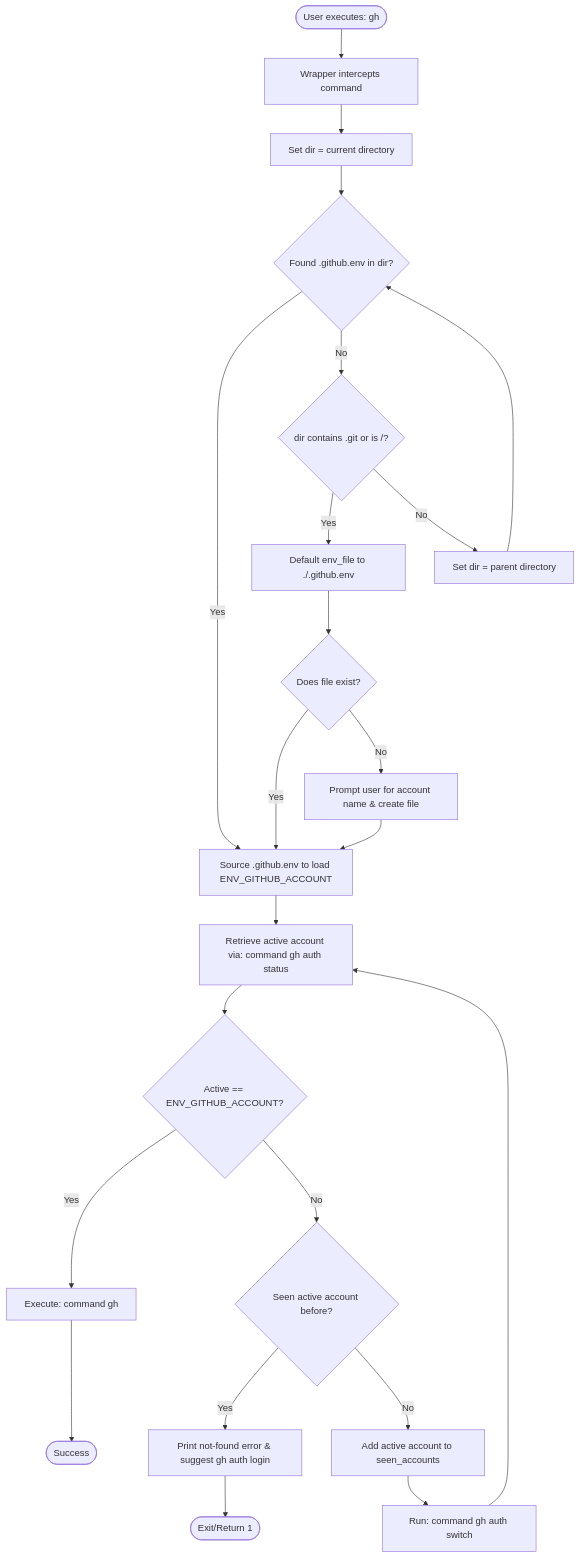
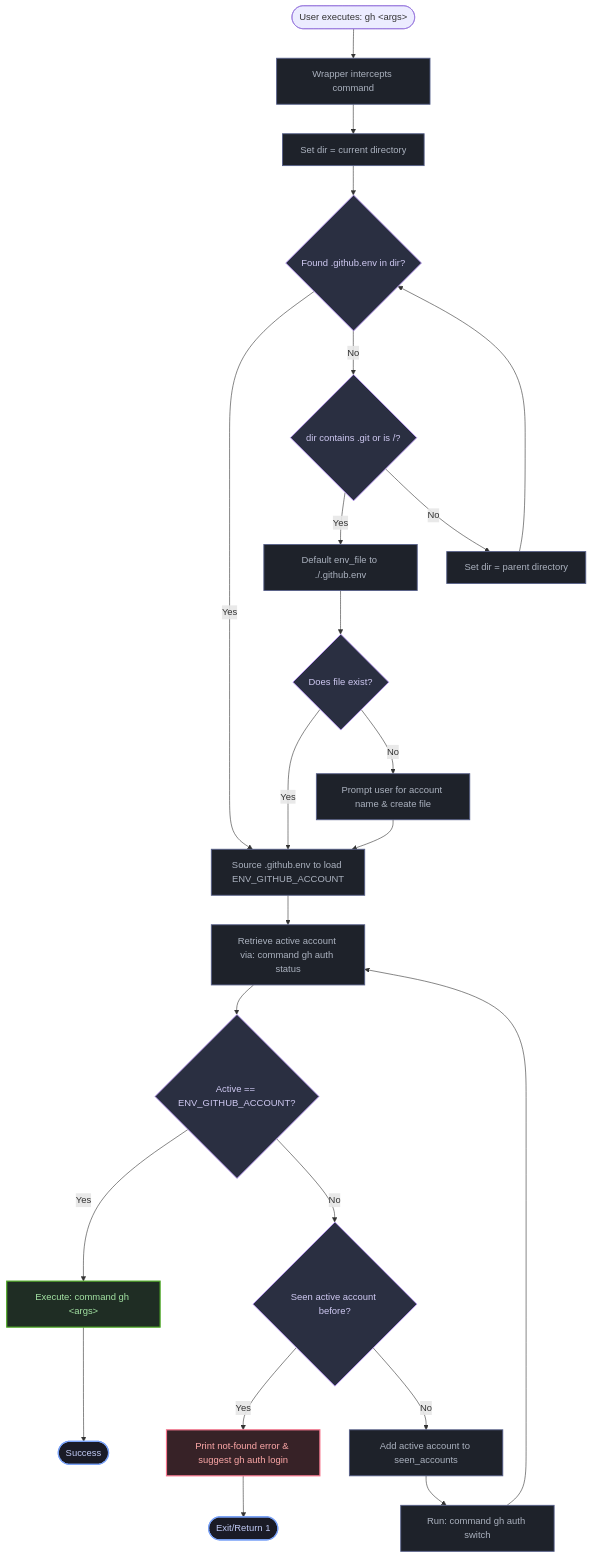
One commit to agalazis/gh-switcher changed the diagram in README.md. Above: the diagram before and after it, drawn with Mermaid. The commit also changed other lines of this file, not shown here.

Commit message:
Update README to match switching_flow artifact exactly

````diff
--- a/README.md
+++ b/README.md
@@ -70,32 +11,43 @@
 ```mermaid
 flowchart TD
-    Start([User executes: gh <args>]) --> Intercept[Wrapper intercepts command]
-    Intercept --> InitSearch[Set dir = current directory]
+    %% Styling
+    classDef startEnd fill:#1A1B26,stroke:#7AA2F7,stroke-width:2px,color:#C0CAF5;
+    classDef process fill:#1E222A,stroke:#565F89,stroke-width:1.5px,color:#ABB2BF;
+    classDef decision fill:#2A2F41,stroke:#BB9AF7,stroke-width:1.5px,color:#CFC9F2;
+    classDef success fill:#1F2D24,stroke:#4EAA25,stroke-width:2px,color:#A3E2A3;
+    classDef failure fill:#372227,stroke:#F7768E,stroke-width:2px,color:#FCA7A7;
 
-    SearchLoop{Found .github.env in dir?}
+    Start([User executes: gh &lt;args&gt;]) --> Intercept[Wrapper intercepts command]:::process
+    Intercept --> InitSearch[Set dir = current directory]:::process
+
+    %% Directory Search Loop
+    SearchLoop{Found .github.env in dir?}:::decision
     InitSearch --> SearchLoop
     
-    SearchLoop -- Yes --> SourceEnv[Source .github.env to load ENV_GITHUB_ACCOUNT]
-    SearchLoop -- No --> CheckBoundary{dir contains .git or is /?}
+    SearchLoop -- Yes --> SourceEnv[Source .github.env to load ENV_GITHUB_ACCOUNT]:::process
+    SearchLoop -- No --> CheckBoundary{dir contains .git or is /?}:::decision
     
-    CheckBoundary -- Yes --> DefaultDir[Default env_file to ./.github.env]
-    DefaultDir --> FileCheck{Does file exist?}
+    CheckBoundary -- Yes --> DefaultDir[Default env_file to ./.github.env]:::process
+    DefaultDir --> FileCheck{Does file exist?}:::decision
     FileCheck -- Yes --> SourceEnv
-    FileCheck -- No --> PromptUser[Prompt user for account name & create file]
+    FileCheck -- No --> PromptUser[Prompt user for account name & create file]:::process
     PromptUser --> SourceEnv
 
-    CheckBoundary -- No --> GoUp[Set dir = parent directory]
+    CheckBoundary -- No --> GoUp[Set dir = parent directory]:::process
     GoUp --> SearchLoop
 
-    SourceEnv --> GetActive[Retrieve active account via: command gh auth status]
-    GetActive --> MatchTarget{Active == ENV_GITHUB_ACCOUNT?}
+    %% Account Verification & Switching Loop
+    SourceEnv --> GetActive[Retrieve active account via: command gh auth status]:::process
+    GetActive --> MatchTarget{Active == ENV_GITHUB_ACCOUNT?}:::decision
     
-    MatchTarget -- Yes --> RunCommand[Execute: command gh <args>] --> End([Success])
+    MatchTarget -- Yes --> RunCommand[Execute: command gh &lt;args&gt;]:::success
+    RunCommand --> End([Success]):::startEnd
     
-    MatchTarget -- No --> CheckSeen{Seen active account before?}
-    CheckSeen -- Yes --> ErrPrint[Print not-found error & suggest gh auth login] --> FailExit([Exit/Return 1])
+    MatchTarget -- No --> CheckSeen{Seen active account before?}:::decision
+    CheckSeen -- Yes --> ErrPrint[Print not-found error & suggest gh auth login]:::failure
+    ErrPrint --> FailExit([Exit/Return 1]):::startEnd
     
-    CheckSeen -- No --> MarkSeen[Add active account to seen_accounts]
-    MarkSeen --> SwitchAcc[Run: command gh auth switch]
+    CheckSeen -- No --> MarkSeen[Add active account to seen_accounts]:::process
+    MarkSeen --> SwitchAcc[Run: command gh auth switch]:::process
     SwitchAcc --> GetActive
 ```
````
